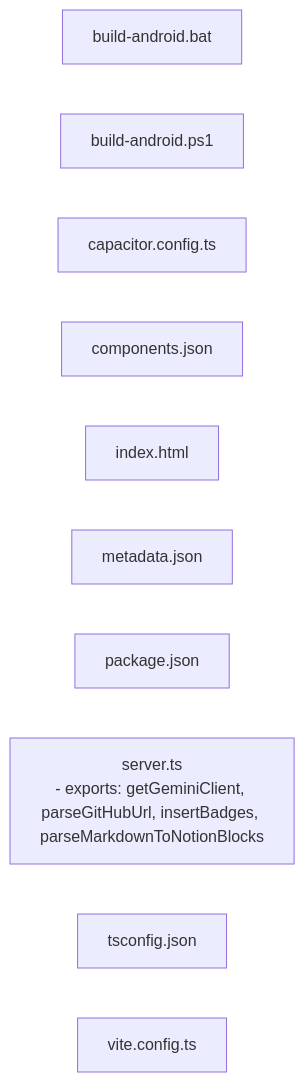
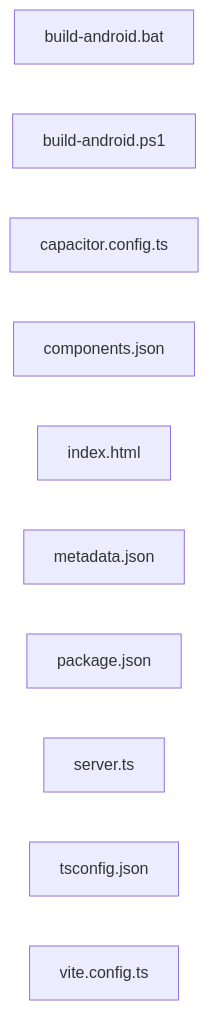
Before and after one commit to CassieMarie0728/void-repo-docs: the diagram in _docs/README.md, drawn with Mermaid. The commit also changed other lines of this file, not shown here.

````diff
--- a/_docs/README.md
+++ b/_docs/README.md
@@ -12,13 +14,13 @@
 ```mermaid
 flowchart LR
-  build_android_bat["build-android.bat"]
-  build_android_ps1["build-android.ps1"]
-  capacitor_config_ts["capacitor.config.ts"]
-  components_json["components.json"]
-  index_html["index.html"]
-  metadata_json["metadata.json"]
-  package_json["package.json"]
-  server_ts["server.ts\n- exports: getGeminiClient, parseGitHubUrl, insertBadges, parseMarkdownToNotionBlocks"]
-  tsconfig_json["tsconfig.json"]
-  vite_config_ts["vite.config.ts"]
+build_android_bat["build-android.bat"]
+build_android_ps1["build-android.ps1"]
+capacitor_config_ts["capacitor.config.ts"]
+components_json["components.json"]
+index_html["index.html"]
+metadata_json["metadata.json"]
+package_json["package.json"]
+server_ts["server.ts"]
+tsconfig_json["tsconfig.json"]
+vite_config_ts["vite.config.ts"]
 ```
````
